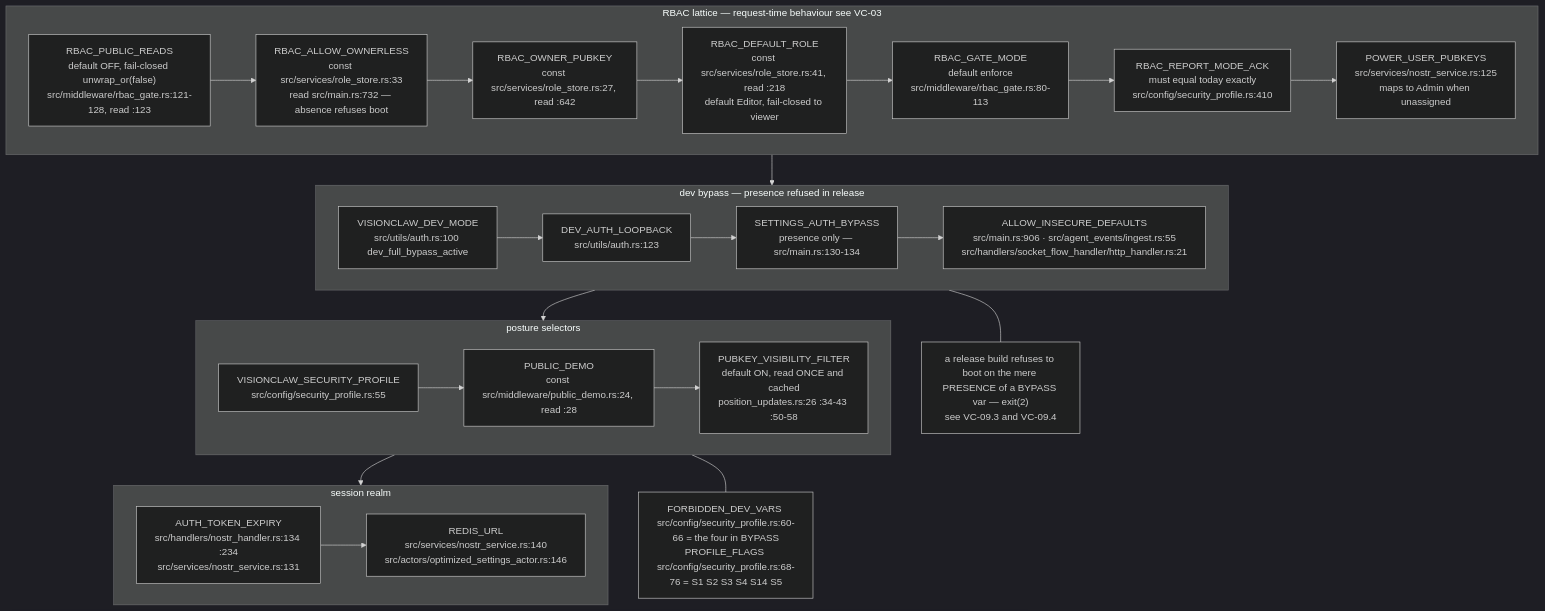
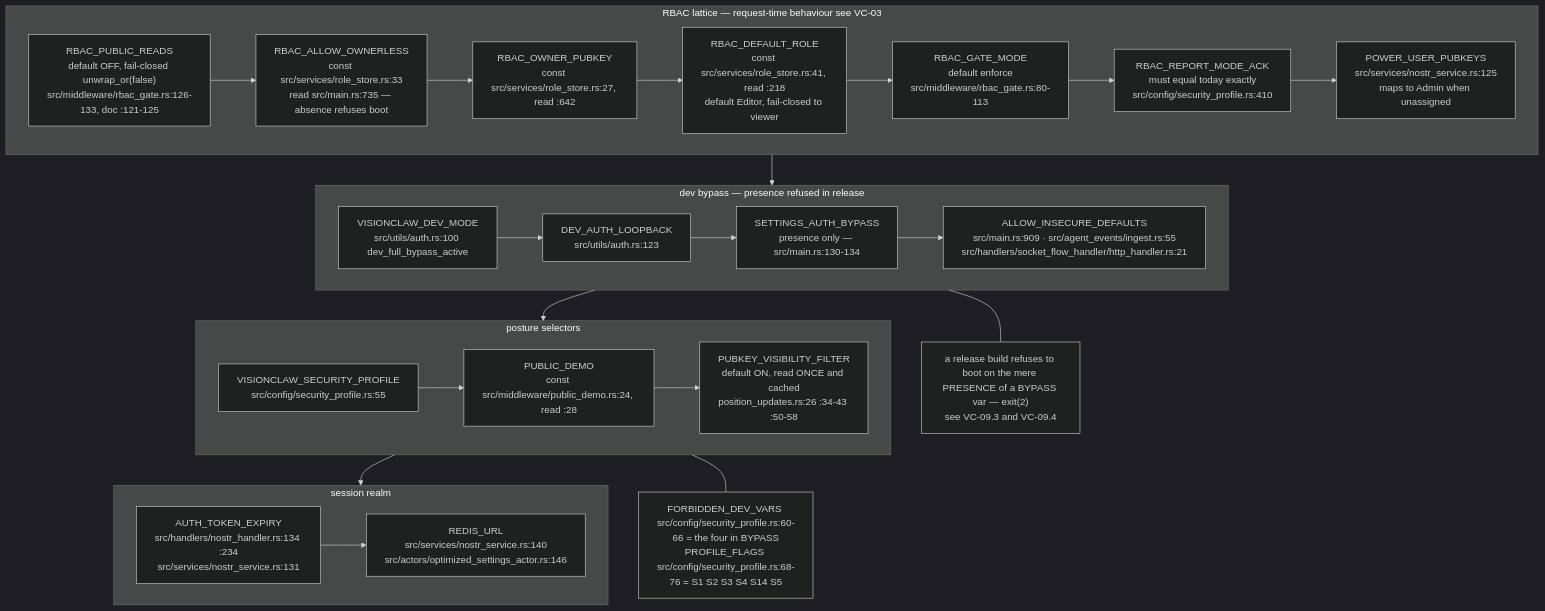
One commit to DreamLab-AI/AR-AI-Knowledge-Graph changed the ninth of 15 diagrams in docs/diagrams/visionclaw/09-config-and-env-flags.md. Above: the diagram before and after it, drawn with Mermaid (dark theme). The commit also changed other lines of this file and 73 other files, not shown here.

First line of the commit message:
docs(diagrams): re-verify all 71 topic files against HEAD; add --cite-check

````diff
--- a/docs/diagrams/visionclaw/09-config-and-env-flags.md
+++ b/docs/diagrams/visionclaw/09-config-and-env-flags.md
@@ -399,20 +399,20 @@
 ```mermaid
 flowchart TB
     subgraph RBAC["RBAC lattice — request-time behaviour see VC-03"]
-        S1["RBAC_PUBLIC_READS<br/>default OFF, fail-closed unwrap_or(false)<br/>src/middleware/rbac_gate.rs:121-128, read :123"] --> S2["RBAC_ALLOW_OWNERLESS<br/>const src/services/role_store.rs:33<br/>read src/main.rs:732 — absence refuses boot"] --> S3["RBAC_OWNER_PUBKEY<br/>const src/services/role_store.rs:27, read :642"] --> S4["RBAC_DEFAULT_ROLE<br/>const src/services/role_store.rs:41, read :218<br/>default Editor, fail-closed to viewer"] --> S5["RBAC_GATE_MODE<br/>default enforce<br/>src/middleware/rbac_gate.rs:80-113"] --> S6["RBAC_REPORT_MODE_ACK<br/>must equal today exactly<br/>src/config/security_profile.rs:410"] --> S7["POWER_USER_PUBKEYS<br/>src/services/nostr_service.rs:125<br/>maps to Admin when unassigned"]
+        S1["RBAC_PUBLIC_READS<br/>default OFF, fail-closed unwrap_or(false)<br/>src/middleware/rbac_gate.rs:126-133, doc :121-125"] --> S2["RBAC_ALLOW_OWNERLESS<br/>const src/services/role_store.rs:33<br/>read src/main.rs:735 — absence refuses boot"] --> S3["RBAC_OWNER_PUBKEY<br/>const src/services/role_store.rs:27, read :642"] --> S4["RBAC_DEFAULT_ROLE<br/>const src/services/role_store.rs:41, read :218<br/>default Editor, fail-closed to viewer"] --> S5["RBAC_GATE_MODE<br/>default enforce<br/>src/middleware/rbac_gate.rs:80-113"] --> S6["RBAC_REPORT_MODE_ACK<br/>must equal today exactly<br/>src/config/security_profile.rs:410"] --> S7["POWER_USER_PUBKEYS<br/>src/services/nostr_service.rs:125<br/>maps to Admin when unassigned"]
     end
     subgraph BYPASS["dev bypass — presence refused in release"]
-        S8["VISIONCLAW_DEV_MODE<br/>src/utils/auth.rs:100 dev_full_bypass_active"] --> S9["DEV_AUTH_LOOPBACK<br/>src/utils/auth.rs:123"] --> S10["SETTINGS_AUTH_BYPASS<br/>presence only — src/main.rs:130-134"] --> S11["ALLOW_INSECURE_DEFAULTS<br/>src/main.rs:906 · src/agent_events/ingest.rs:55<br/>src/handlers/socket_flow_handler/http_handler.rs:21"]
+        S8["VISIONCLAW_DEV_MODE<br/>src/utils/auth.rs:100 dev_full_bypass_active"] --> S9["DEV_AUTH_LOOPBACK<br/>src/utils/auth.rs:123"] --> S10["SETTINGS_AUTH_BYPASS<br/>presence only — src/main.rs:130-134"] --> S11["ALLOW_INSECURE_DEFAULTS<br/>src/main.rs:909 · src/agent_events/ingest.rs:55<br/>src/handlers/socket_flow_handler/http_handler.rs:21"]
     end
     subgraph POSTURE["posture selectors"]
         S12["VISIONCLAW_SECURITY_PROFILE<br/>src/config/security_profile.rs:55"] --> S13["PUBLIC_DEMO<br/>const src/middleware/public_demo.rs:24, read :28"] --> S14["PUBKEY_VISIBILITY_FILTER<br/>default ON, read ONCE and cached<br/>position_updates.rs:26 :34-43 :50-58"]
     end
     subgraph SESS["session realm"]
         S15["AUTH_TOKEN_EXPIRY<br/>src/handlers/nostr_handler.rs:134 :234<br/>src/services/nostr_service.rs:131"] --> S16["REDIS_URL<br/>src/services/nostr_service.rs:140<br/>src/actors/optimized_settings_actor.rs:146"]
     end
     RBAC --> BYPASS --> POSTURE --> SESS
     N2["FORBIDDEN_DEV_VARS src/config/security_profile.rs:60-66 = the four in BYPASS<br/>PROFILE_FLAGS src/config/security_profile.rs:68-76 = S1 S2 S3 S4 S14 S5"]
     POSTURE --- N2
     N3["a release build refuses to boot on the mere PRESENCE of a BYPASS var — exit(2)<br/>see VC-09.3 and VC-09.4"]
     BYPASS --- N3
 ```
````
